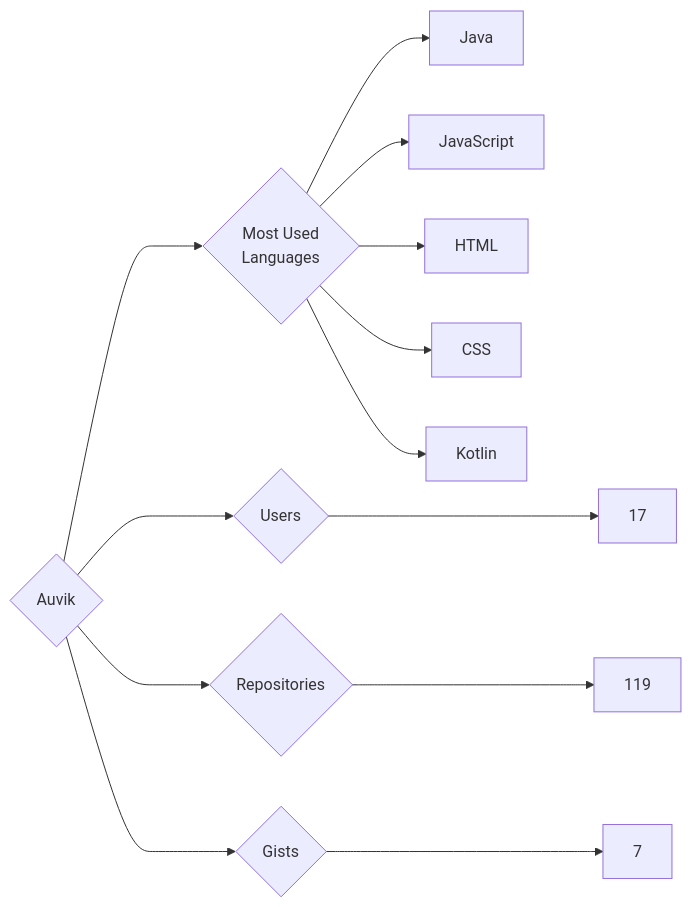
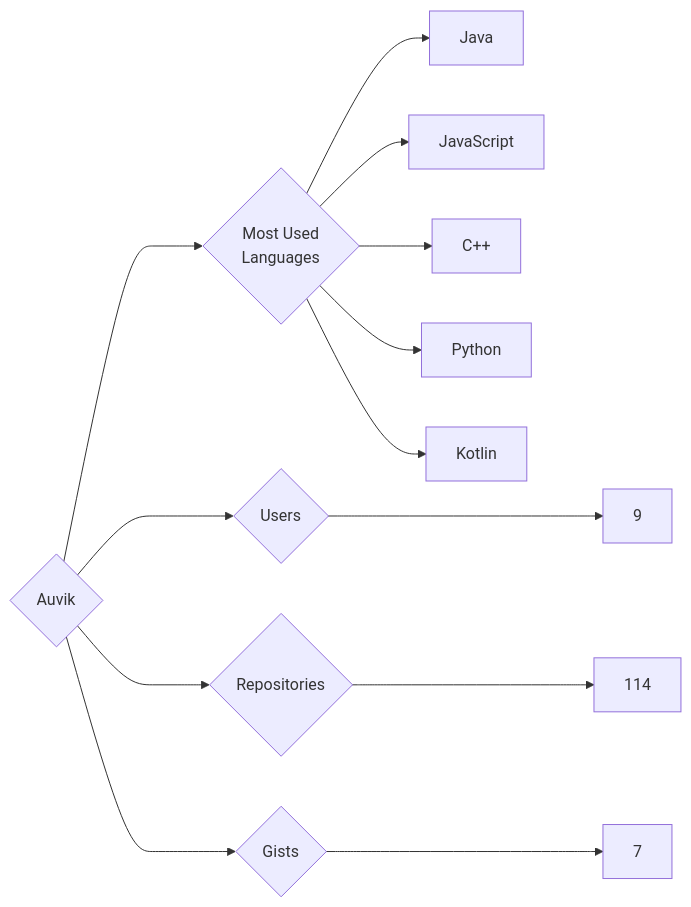
Before and after one commit to trickest/insiders: the diagram in targets/Auvik/README.md, drawn with Mermaid. The commit also changed 644 other files, not shown here.

````diff
--- a/targets/Auvik/README.md
+++ b/targets/Auvik/README.md
@@ -3,13 +3,13 @@
 ```mermaid
 graph LR
 COMPANY_NAME{Auvik}
-COMPANY_NAME ---> U{Users} ---> UN[17]
-COMPANY_NAME ---> R{Repositories} ---> RN[119]
+COMPANY_NAME ---> U{Users} ---> UN[9]
+COMPANY_NAME ---> R{Repositories} ---> RN[114]
 COMPANY_NAME ---> G{Gists} ---> GN[7]
 COMPANY_NAME ---> ML{Most Used<br>Languages}
 ML --> Java[Java]
 ML --> JavaScript[JavaScript]
-ML --> HTML[HTML]
-ML --> CSS[CSS]
+ML --> C++[C++]
+ML --> Python[Python]
 ML --> Kotlin[Kotlin]
 ```
````
